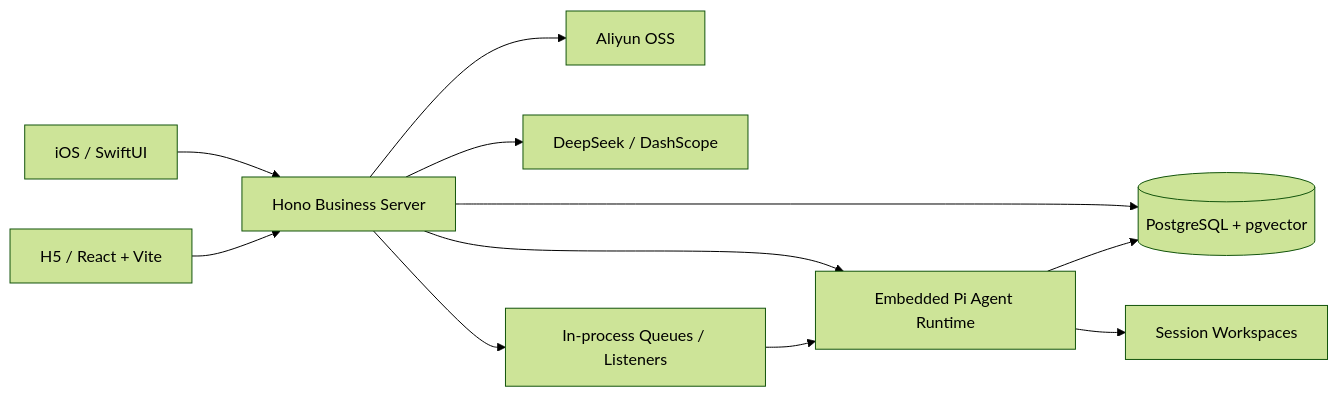
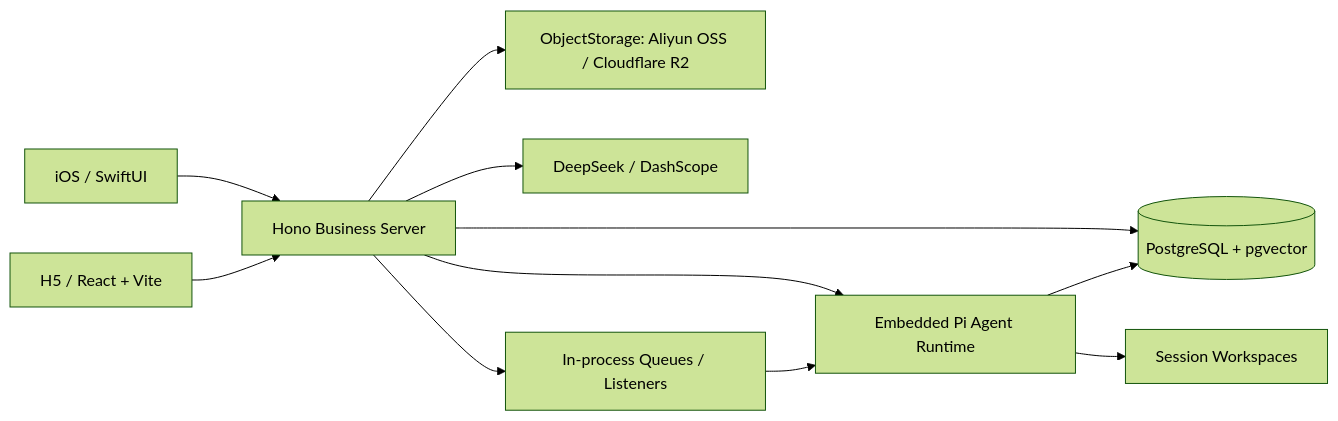
Before and after one commit to huiru-wang/fanto: the diagram in docs/architecture/overview.md, drawn with Mermaid (forest theme). The commit also changed other lines of this file and 94 other files, not shown here.

````diff
--- a/docs/architecture/overview.md
+++ b/docs/architecture/overview.md
@@ -5,13 +5,13 @@
 ```mermaid
 flowchart LR
   IOS[iOS / SwiftUI] --> API[Hono Business Server]
   H5[H5 / React + Vite] --> API
   API --> PG[(PostgreSQL + pgvector)]
-  API --> OSS[Aliyun OSS]
+  API --> STORE[ObjectStorage: Aliyun OSS / Cloudflare R2]
   API --> AI[DeepSeek / DashScope]
   API --> AGENT[Embedded Pi Agent Runtime]
   AGENT --> PG
   AGENT --> WS[Session Workspaces]
   API --> Q[In-process Queues / Listeners]
   Q --> AGENT
 ```
````
